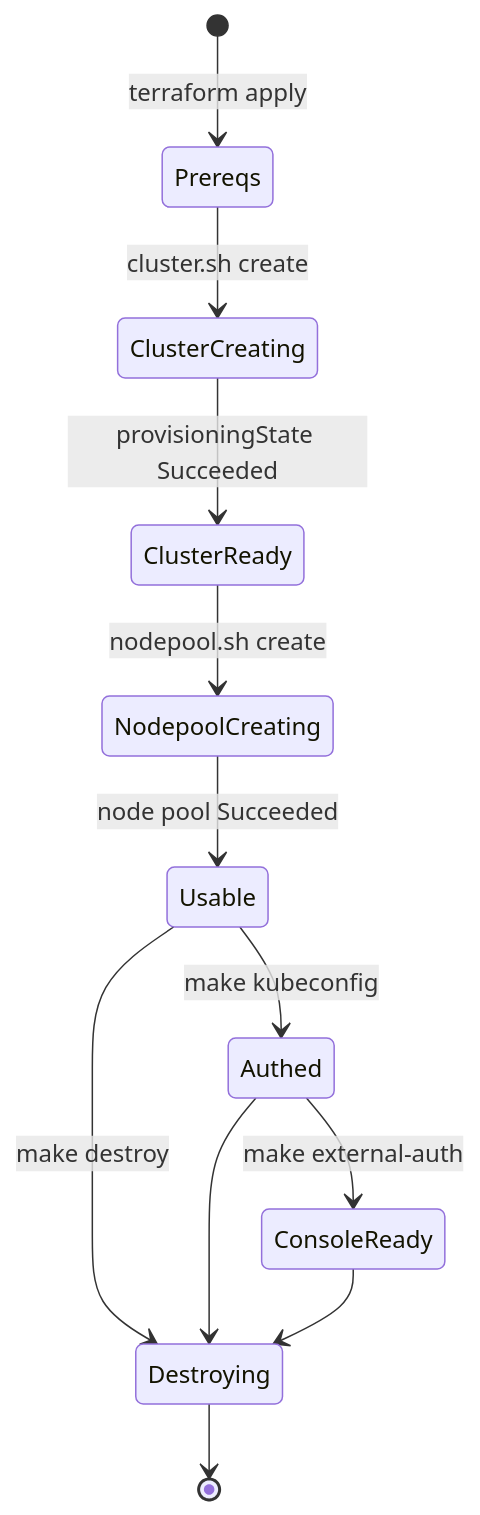
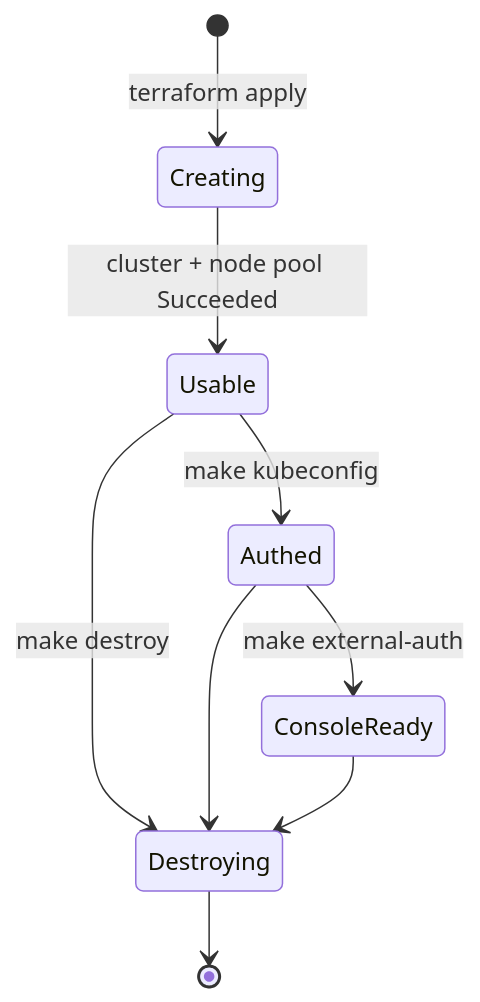
One commit to rh-mobb/aro-hcp changed diagram 11 of 12 in docs/architecture.md. Above: the diagram before and after it, drawn with Mermaid. The commit also changed other lines of this file and 18 other files, not shown here.

First line of the commit message:
feat(terraform): manage HCP cluster and default node pool with AzAPI

````diff
--- a/docs/architecture.md
+++ b/docs/architecture.md
@@ -719,14 +714,11 @@
 ```mermaid
 stateDiagram-v2
-    [*] --> Prereqs: terraform apply
-    Prereqs --> ClusterCreating: cluster.sh create
-    ClusterCreating --> ClusterReady: provisioningState Succeeded
-    ClusterReady --> NodepoolCreating: nodepool.sh create
-    NodepoolCreating --> Usable: node pool Succeeded
+    [*] --> Creating: terraform apply
+    Creating --> Usable: cluster + node pool Succeeded
     Usable --> Authed: make kubeconfig
     Authed --> ConsoleReady: make external-auth
     Usable --> Destroying: make destroy
     Authed --> Destroying
     ConsoleReady --> Destroying
     Destroying --> [*]
 ```
````
